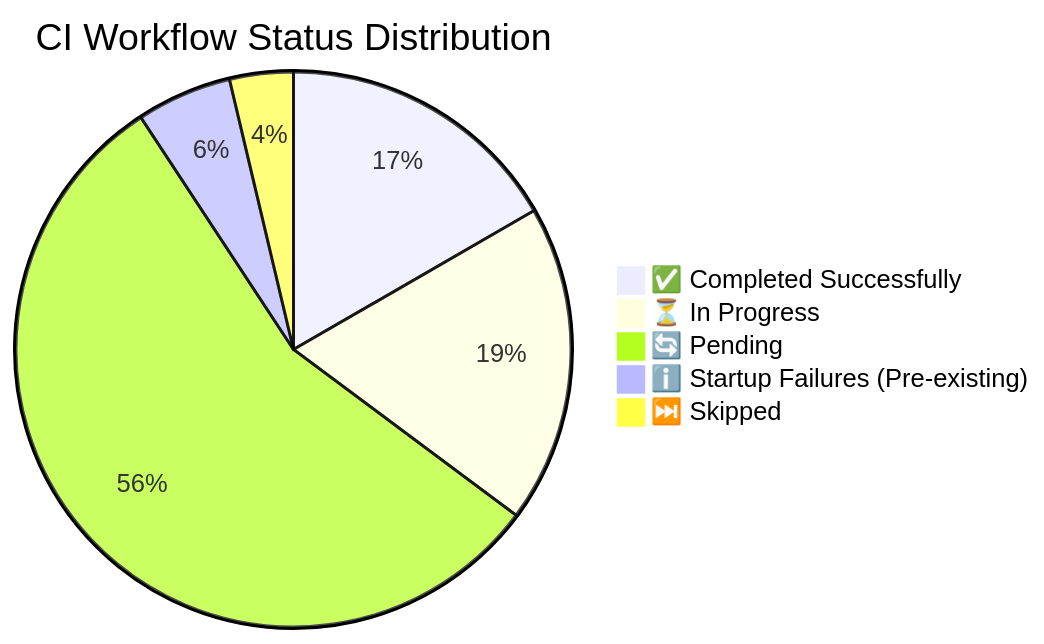
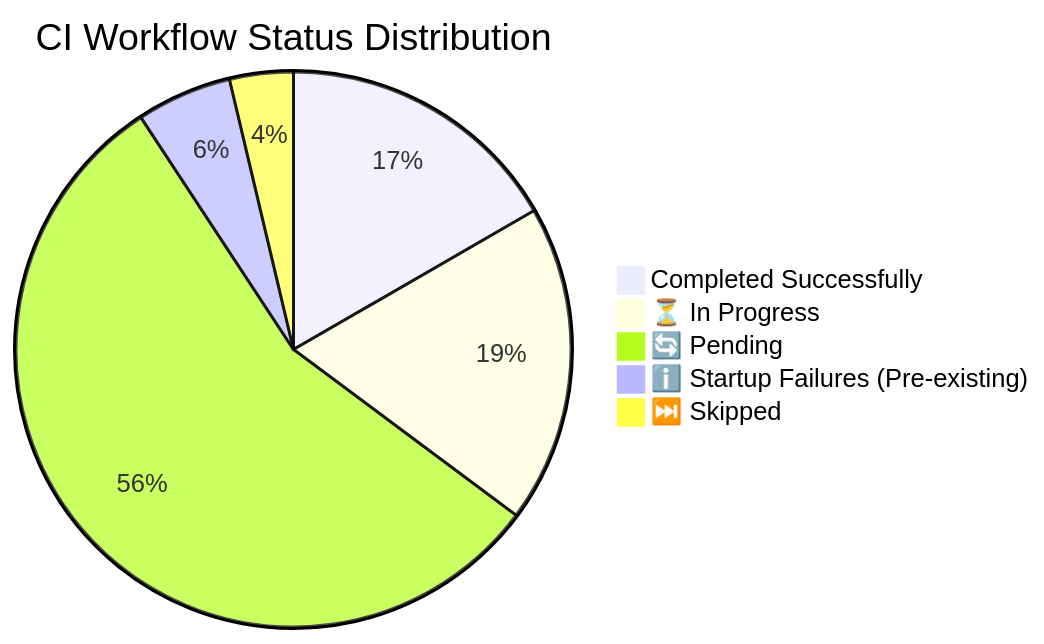
The second of 4 diagrams in docs/roadmap/PR4366_whats_next.md (Aries-Serpent/_codex_), drawn with Mermaid before and after one commit. The commit also changed other lines of this file and 2029 other files, not shown here.

````diff
--- a/docs/roadmap/PR4366_whats_next.md
+++ b/docs/roadmap/PR4366_whats_next.md
@@ -208,9 +210,9 @@
 ```mermaid
 %%{init: {'accessibility': {'title': 'Pie Chart'}}%%
 pie title CI Workflow Status Distribution
-    "✅ Completed Successfully" : 9
+    " Completed Successfully" : 9
     "⏳ In Progress" : 10
     "🔄 Pending" : 30
     "ℹ️ Startup Failures (Pre-existing)" : 3
     "⏭️ Skipped" : 2
 ```
````
